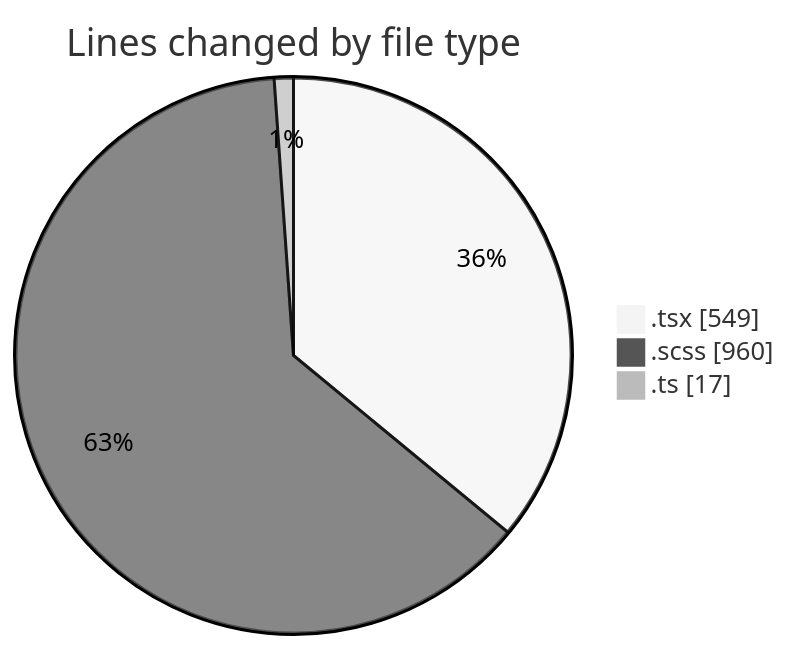
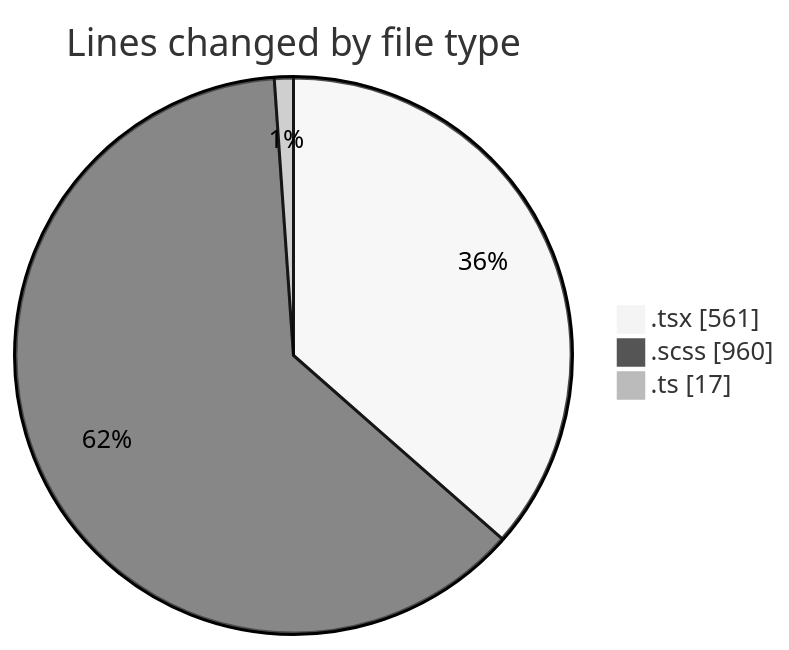
One commit to momahboobian/code-tracking changed the first of 2 diagrams in 2025-09-19/cda/README.md. Above: the diagram before and after it, drawn with Mermaid (neutral theme). The commit also changed other lines of this file and 1 other file, not shown here.

````diff
--- a/2025-09-19/cda/README.md
+++ b/2025-09-19/cda/README.md
@@ -23,7 +23,7 @@
 ```mermaid
 pie showData
 title Lines changed by file type
-".tsx" : 549
+".tsx" : 561
 ".scss" : 960
 ".ts" : 17
 ```
````
